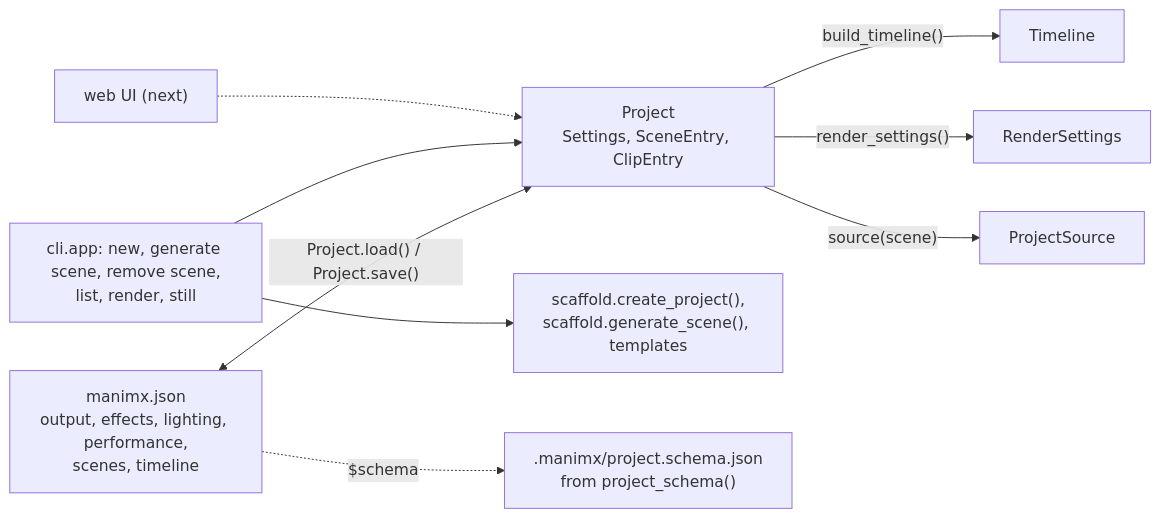
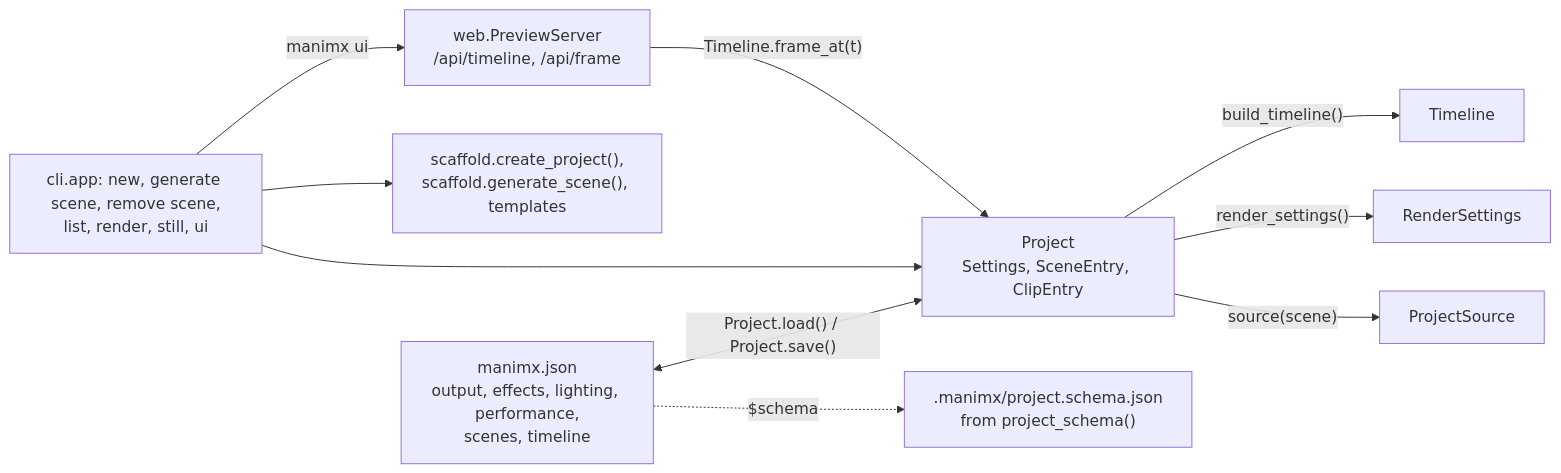
The ninth of 9 diagrams in manimx/ARCHITECTURE.md (MrDiver/manim), drawn with Mermaid before and after one commit. The commit also changed other lines of this file and 8 other files, not shown here.

````diff
--- a/manimx/ARCHITECTURE.md
+++ b/manimx/ARCHITECTURE.md
@@ -691,11 +692,12 @@
 ```mermaid
 flowchart LR
     J["manimx.json<br/>output, effects, lighting, performance,<br/>scenes, timeline"] <-->|"Project.load() / Project.save()"| P["Project<br/>Settings, SceneEntry, ClipEntry"]
     P -->|"build_timeline()"| TL["Timeline"]
     P -->|"render_settings()"| RS["RenderSettings"]
     P -->|"source(scene)"| PSrc["ProjectSource"]
-    CLI["cli.app: new, generate scene, remove scene,<br/>list, render, still"] --> P
+    CLI["cli.app: new, generate scene, remove scene,<br/>list, render, still, ui"] --> P
     CLI --> Scaffold["scaffold.create_project(),<br/>scaffold.generate_scene(), templates"]
-    UI["web UI (next)"] -.-> P
+    CLI -->|"manimx ui"| UI["web.PreviewServer<br/>/api/timeline, /api/frame"]
+    UI -->|"Timeline.frame_at(t)"| P
     J -.->|"$schema"| Schema[".manimx/project.schema.json<br/>from project_schema()"]
 ```
````
